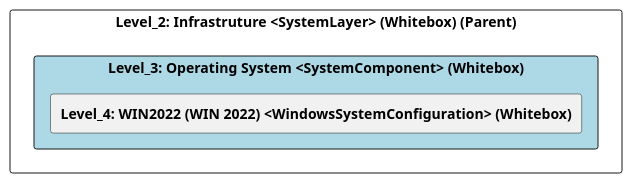
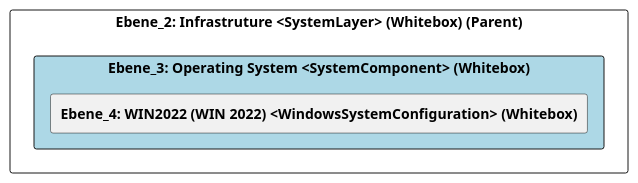
The diagram in src/cleon.architecturemethods.arc42.sample/doc/cleon_architecturemethods_arc42_sample_system/adoc/de/05_bausteinsicht/ikt/infrastruture/operating_system/ebene_3_operating system.adoc (marcozwyssig/cleon), drawn with PlantUML before and after one commit. The commit also changed other lines of this file and 148 other files, not shown here.

```diff
--- a/src/cleon.architecturemethods.arc42.sample/doc/cleon_architecturemethods_arc42_sample_system/adoc/de/05_bausteinsicht/ikt/infrastruture/operating_system/ebene_3_operating system.adoc
+++ b/src/cleon.architecturemethods.arc42.sample/doc/cleon_architecturemethods_arc42_sample_system/adoc/de/05_bausteinsicht/ikt/infrastruture/operating_system/ebene_3_operating system.adoc
@@ -20,24 +20,24 @@
-[plantuml, Level_3: Operating System <SystemComponent> (Whitebox)BlockOverview, format="svg"]
+[plantuml, Ebene_3: Operating System <SystemComponent> (Whitebox)BlockOverview, format="svg"]
 ----
-@startuml Level_3: Operating System <SystemComponent> (Whitebox)BuildingBlockOverview
+@startuml Ebene_3: Operating System <SystemComponent> (Whitebox)BuildingBlockOverview
 
 skinparam ranksep 10
 skinparam componentStyle rectangle
 skinparam shadowing false
 skinparam arrowColor lightblue
 skinparam arrowThickness 1.2
 skinparam rectangle {
   BackgroundColor White
   BorderColor #333
   RoundCorner 10
 }
 top to bottom direction
 
-component "Level_2: Infrastruture <SystemLayer> (Whitebox) (Parent)" {
-    component "Level_3: Operating System <SystemComponent> (Whitebox)" #lightblue {
-        [**Level_4: WIN2022 (WIN 2022) <WindowsSystemConfiguration> (Whitebox)**] as 1308A142_BEE7_11EF_8DCB_A78DEF9EA3BD
+component "Ebene_2: Infrastruture <SystemLayer> (Whitebox) (Parent)" {
+    component "Ebene_3: Operating System <SystemComponent> (Whitebox)" #lightblue {
+        [**Ebene_4: WIN2022 (WIN 2022) <WindowsSystemConfiguration> (Whitebox)**] as 1308A142_BEE7_11EF_8DCB_A78DEF9EA3BD
     }
 }
 
 @enduml
 ----
```
